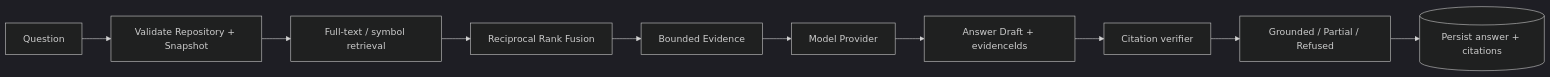
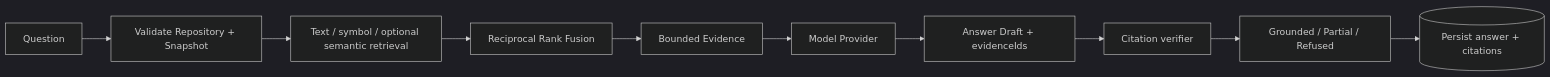
One commit to githubyangjiaxun/repovista changed the diagram in docs/ai/AI可信问答设计.md. Above: the diagram before and after it, drawn with Mermaid (dark theme). The commit also changed other lines of this file and 49 other files, not shown here.

````diff
--- a/docs/ai/AI可信问答设计.md
+++ b/docs/ai/AI可信问答设计.md
@@ -13,12 +13,12 @@
 ```mermaid
 flowchart LR
     Q[Question] --> V[Validate Repository + Snapshot]
-    V --> R[Full-text / symbol retrieval]
+    V --> R[Text / symbol / optional semantic retrieval]
     R --> F[Reciprocal Rank Fusion]
     F --> E[Bounded Evidence]
     E --> M[Model Provider]
     M --> D[Answer Draft + evidenceIds]
     D --> C[Citation verifier]
     C --> A[Grounded / Partial / Refused]
     A --> P[(Persist answer + citations)]
 ```
````
